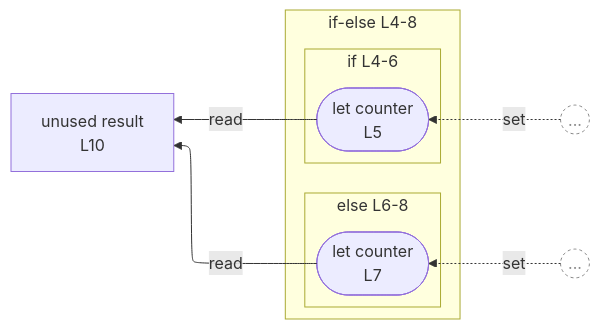
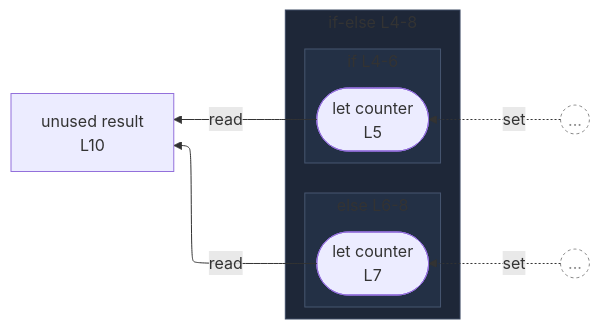
The diagram in integration/fixtures/if-statement/with-else/pruned-r10-c1/preview.md (crescware/unsnarl), drawn with Mermaid before and after one commit. The commit also changed 249 other files, not shown here.

First line of the commit message:
Color Mermaid subgraphs by nesting depth via theme palette

````diff
--- a/integration/fixtures/if-statement/with-else/pruned-r10-c1/preview.md
+++ b/integration/fixtures/if-statement/with-else/pruned-r10-c1/preview.md
@@ -26,26 +26,31 @@
 ```mermaid
 %%{init: {"flowchart": {"defaultRenderer": "elk"}}}%%
 flowchart RL
   %% pruning roots 10=1 ancestors=1 descendants=1
   n_scope_0_result_97["unused result<br/>L10"]
   subgraph cont_if_scope_0_37["if-else L4-8"]
     direction RL
     subgraph s_scope_1["if L4-6"]
       direction RL
       wr_ref_3(["let counter<br/>L5"])
     end
     subgraph s_scope_2["else L6-8"]
       direction RL
       wr_ref_4(["let counter<br/>L7"])
     end
   end
   wr_ref_3 -->|read| n_scope_0_result_97
   wr_ref_4 -->|read| n_scope_0_result_97
   boundary_stub_1((...))
   boundary_stub_1 -.->|set| wr_ref_3
   boundary_stub_2((...))
   boundary_stub_2 -.->|set| wr_ref_4
   classDef boundaryStub fill:transparent,stroke:#888,stroke-dasharray:3 3,color:#888;
   class boundary_stub_1 boundaryStub;
   class boundary_stub_2 boundaryStub;
+  classDef nestL1 fill:#1e2738,stroke:#3d4a63;
+  class cont_if_scope_0_37 nestL1;
+  classDef nestL2 fill:#233045,stroke:#475670;
+  class s_scope_1 nestL2;
+  class s_scope_2 nestL2;
 ```
````
